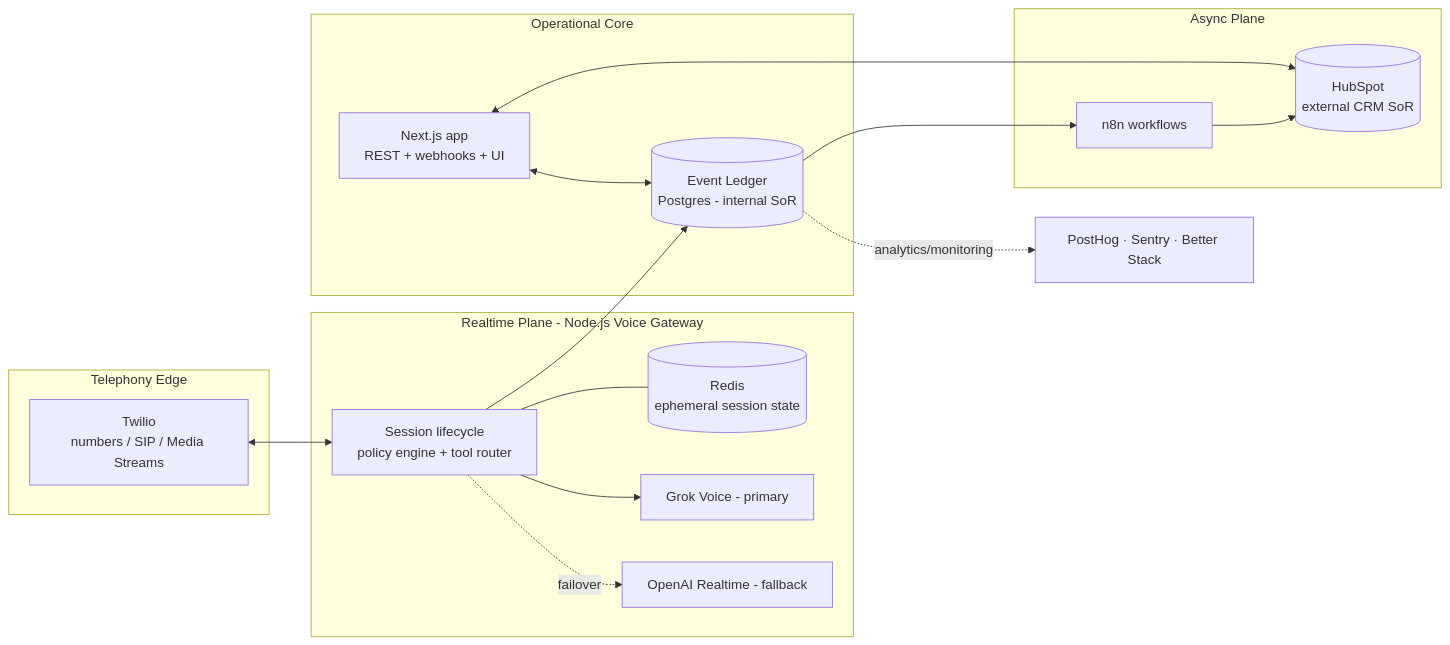
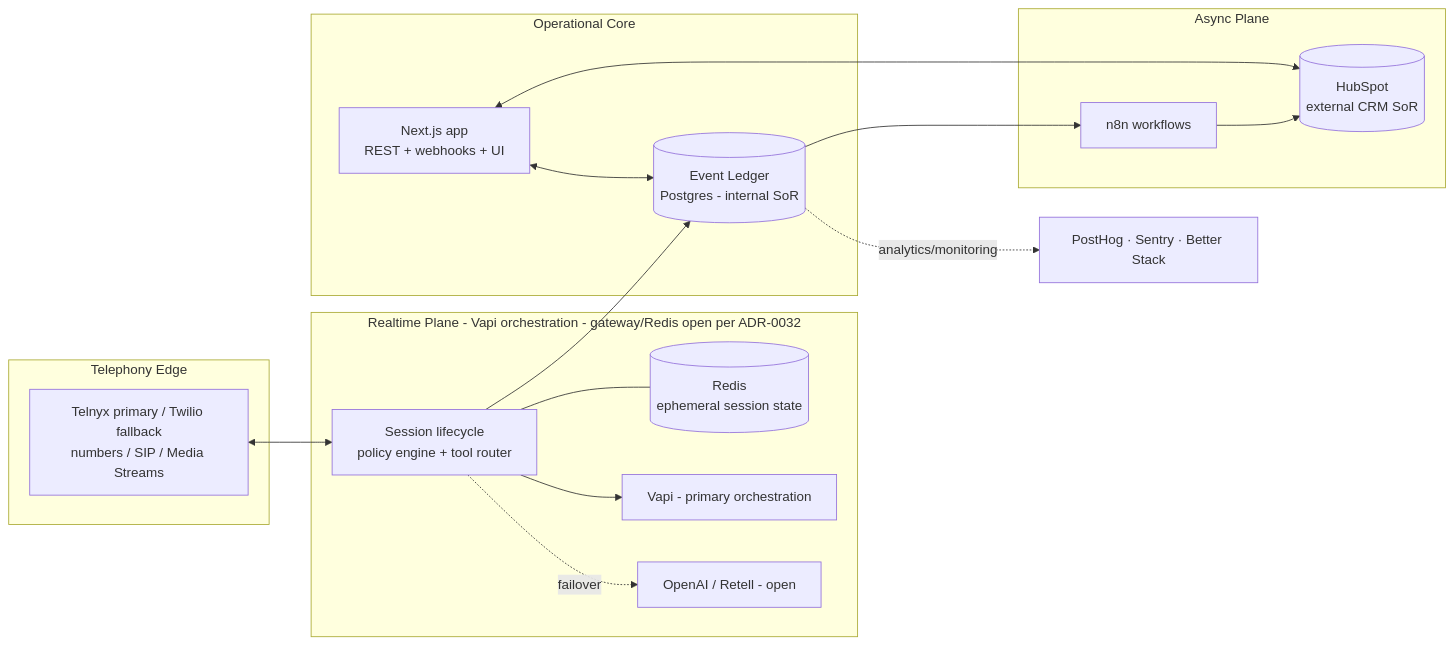
Before and after one commit to AudioJones-Dev/responseos: the diagram in docs/product/RESPONSEOS_BUILD_SOURCE.md, drawn with Mermaid. The commit also changed other lines of this file and 1 other file, not shown here.

````diff
--- a/docs/product/RESPONSEOS_BUILD_SOURCE.md
+++ b/docs/product/RESPONSEOS_BUILD_SOURCE.md
@@ -56,30 +71,30 @@
 ```mermaid
 flowchart LR
   subgraph Edge[Telephony Edge]
-    TW[Twilio<br/>numbers / SIP / Media Streams]
+    TW[Telnyx primary / Twilio fallback<br/>numbers / SIP / Media Streams]
   end
-  subgraph RT[Realtime Plane - Node.js Voice Gateway]
+  subgraph RT[Realtime Plane - Vapi orchestration - gateway/Redis open per ADR-0032]
     GW[Session lifecycle<br/>policy engine + tool router]
     RS[(Redis<br/>ephemeral session state)]
-    GROK[Grok Voice - primary]
-    OAI[OpenAI Realtime - fallback]
+    VAPI[Vapi - primary orchestration]
+    OAI[OpenAI / Retell - open]
     GW --- RS
-    GW --> GROK
+    GW --> VAPI
     GW -. failover .-> OAI
   end
   subgraph Core[Operational Core]
     LEDGER[(Event Ledger<br/>Postgres - internal SoR)]
     API[Next.js app<br/>REST + webhooks + UI]
   end
   subgraph Async[Async Plane]
     N8N[n8n workflows]
     HS[(HubSpot<br/>external CRM SoR)]
   end
   TW <--> GW
   GW --> LEDGER
   API <--> LEDGER
   LEDGER --> N8N
   N8N --> HS
   API <--> HS
   LEDGER -. analytics/monitoring .-> OBS[PostHog · Sentry · Better Stack]
 ```
````
